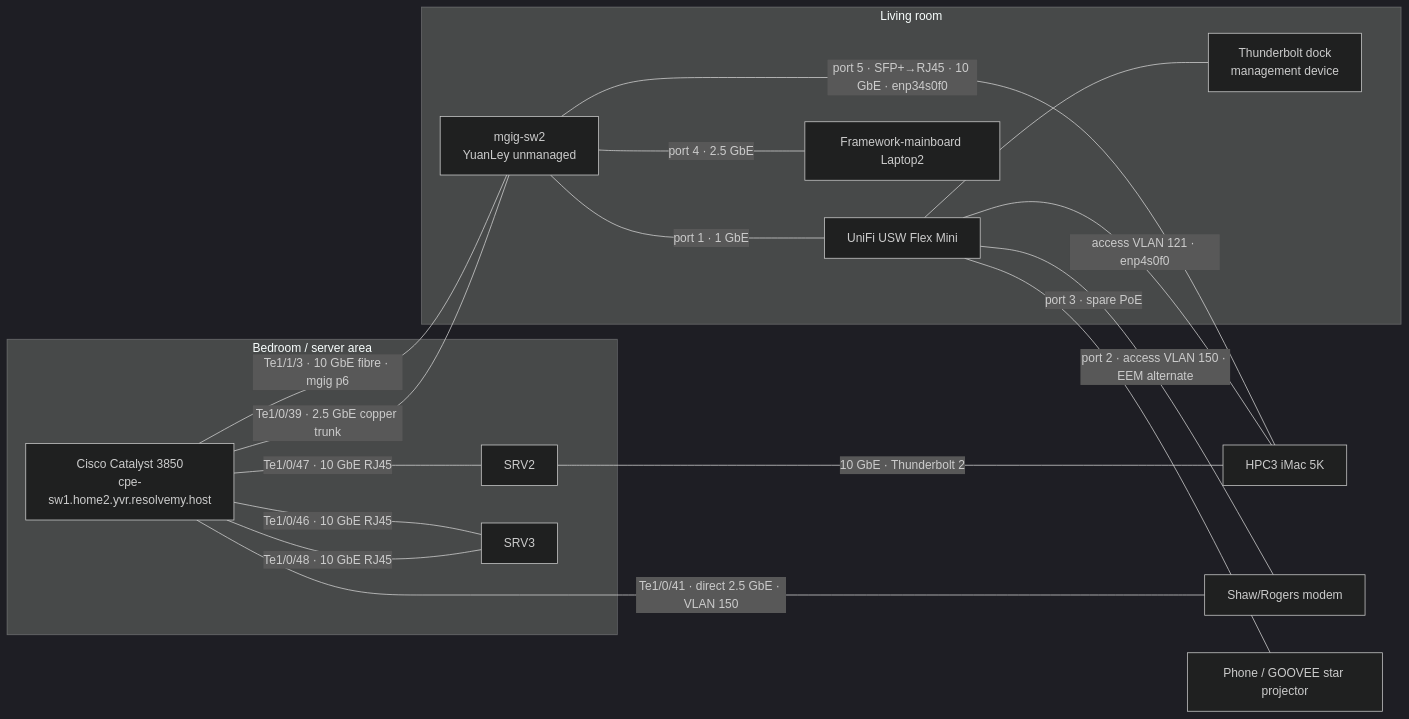
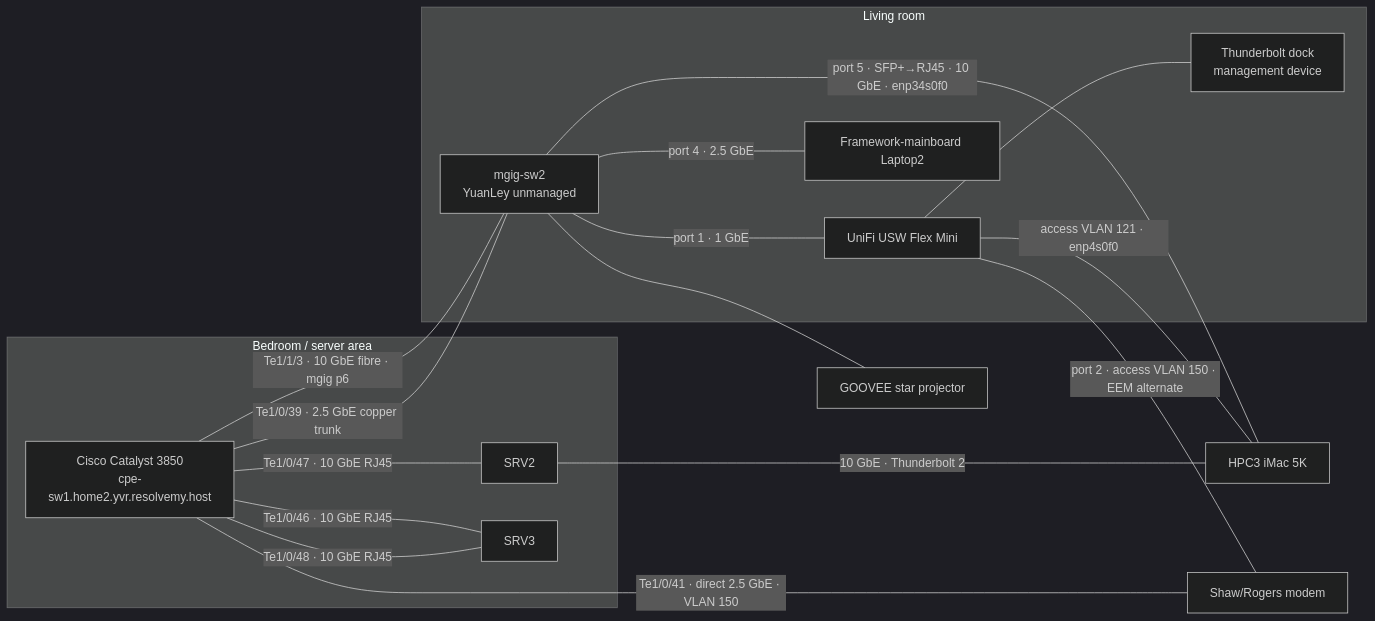
One commit to K-FOSS/CoRE-Backplane changed the diagram in Operations/Clusters/ENVIRONMENT.md. Above: the diagram before and after it, drawn with Mermaid (dark theme). The commit also changed other lines of this file, not shown here.

````diff
--- a/Operations/Clusters/ENVIRONMENT.md
+++ b/Operations/Clusters/ENVIRONMENT.md
@@ -221,31 +220,31 @@
 ```mermaid
 flowchart LR
   subgraph bedroom["Bedroom / server area"]
     cpe["Cisco Catalyst 3850<br/>cpe-sw1.home2.yvr.resolvemy.host"]
     srv2["SRV2"]
     srv3["SRV3"]
   end
   subgraph living["Living room"]
     mgig["mgig-sw2<br/>YuanLey unmanaged"]
     flex["UniFi USW Flex Mini"]
     laptop["Framework-mainboard Laptop2"]
     dock["Thunderbolt dock<br/>management device"]
   end
   hpc3["HPC3 iMac 5K"]
   modem["Shaw/Rogers modem"]
 
   cpe -- "Te1/1/3 · 10 GbE fibre · mgig p6" --- mgig
   cpe -- "Te1/0/39 · 2.5 GbE copper trunk" --- mgig
   cpe -- "Te1/0/46 · 10 GbE RJ45" --- srv3
   cpe -- "Te1/0/48 · 10 GbE RJ45" --- srv3
   cpe -- "Te1/0/47 · 10 GbE RJ45" --- srv2
   srv2 -- "10 GbE · Thunderbolt 2" --- hpc3
   mgig -- "port 5 · SFP+→RJ45 · 10 GbE · enp34s0f0" --- hpc3
   mgig -- "port 4 · 2.5 GbE" --- laptop
   mgig -- "port 1 · 1 GbE" --- flex
   flex -- "access VLAN 121 · enp4s0f0" --- hpc3
-  flex -- "port 3 · spare PoE" --- phone["Phone / GOOVEE star projector"]
+  mgig --- projector["GOOVEE star projector"]
   flex --- dock
   cpe -- "Te1/0/41 · direct 2.5 GbE · VLAN 150" --- modem
   flex -- "port 2 · access VLAN 150 · EEM alternate" --- modem
 ```
````
